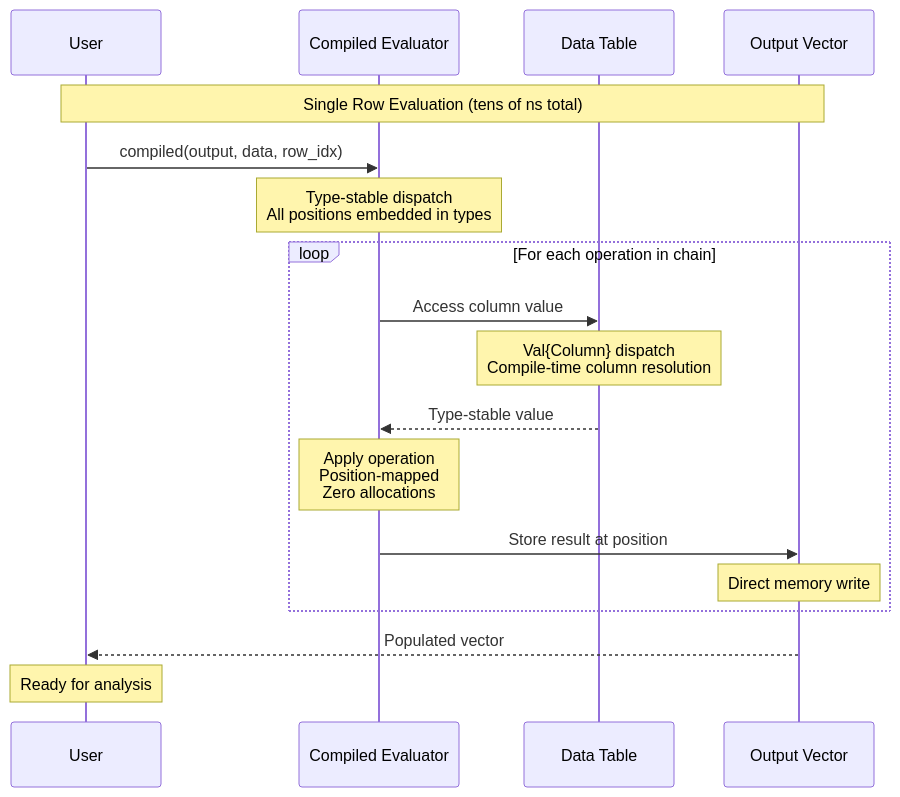
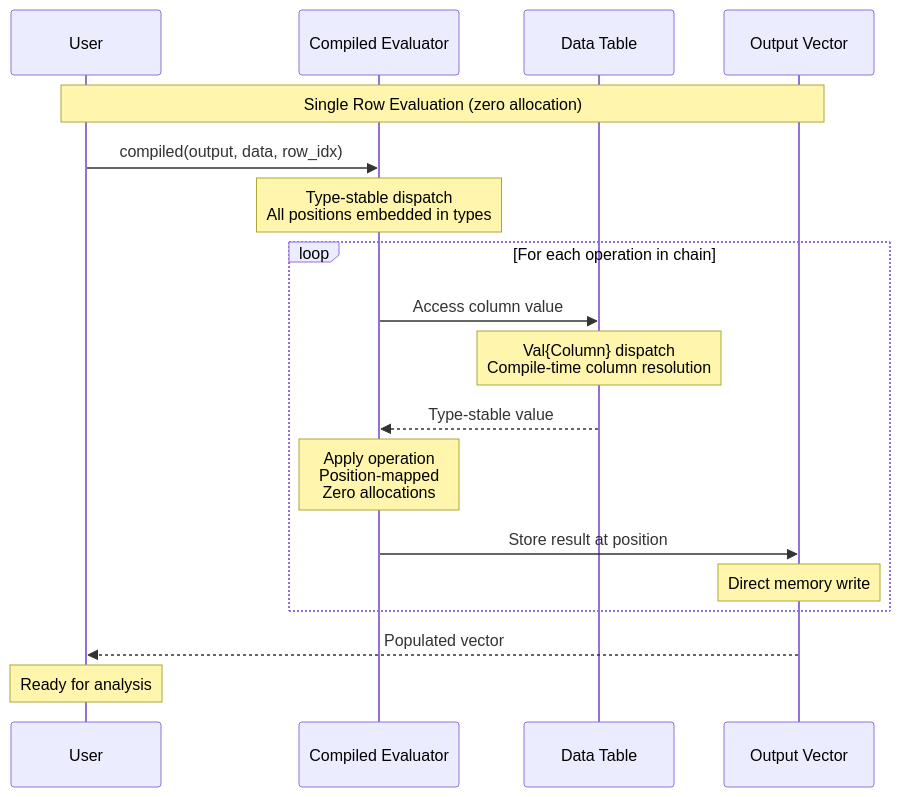
The diagram in docs/src/assets/src_guide_performance_diagram_4.mmd (emfeltham/FormulaCompiler.jl), drawn with Mermaid before and after one commit. The commit also changed 1 other file, not shown here.

```diff
--- a/docs/src/assets/src_guide_performance_diagram_4.mmd
+++ b/docs/src/assets/src_guide_performance_diagram_4.mmd
@@ -1,23 +1,23 @@
 sequenceDiagram
     participant User
     participant Compiled as Compiled Evaluator
     participant Data as Data Table
     participant Output as Output Vector
     
-    Note over User,Output: Single Row Evaluation (tens of ns total)
+    Note over User,Output: Single Row Evaluation (zero allocation)
     
     User->>Compiled: compiled(output, data, row_idx)
     Note over Compiled: Type-stable dispatch<br>All positions embedded in types
     
     loop For each operation in chain
         Compiled->>Data: Access column value
         Note over Data: Val{Column} dispatch<br>Compile-time column resolution
         Data-->>Compiled: Type-stable value
         
         Note over Compiled: Apply operation<br>Position-mapped<br>Zero allocations
         Compiled->>Output: Store result at position
         Note over Output: Direct memory write
     end
     
     Output-->>User: Populated vector
     Note over User: Ready for analysis
```
